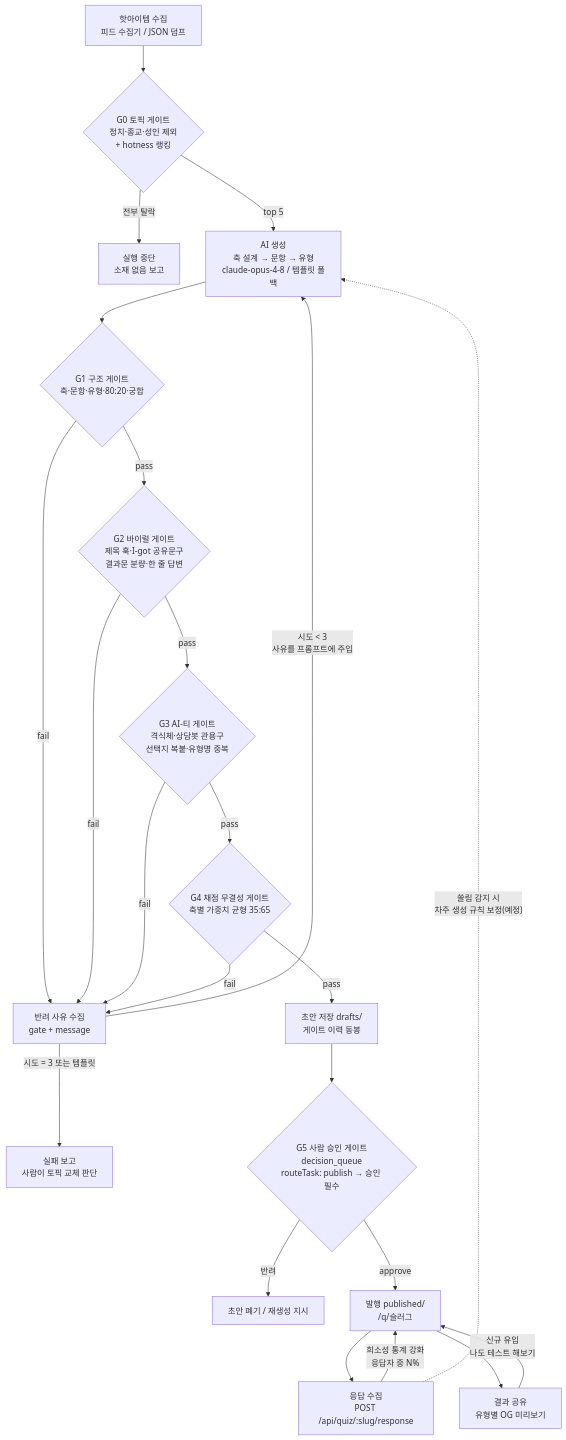
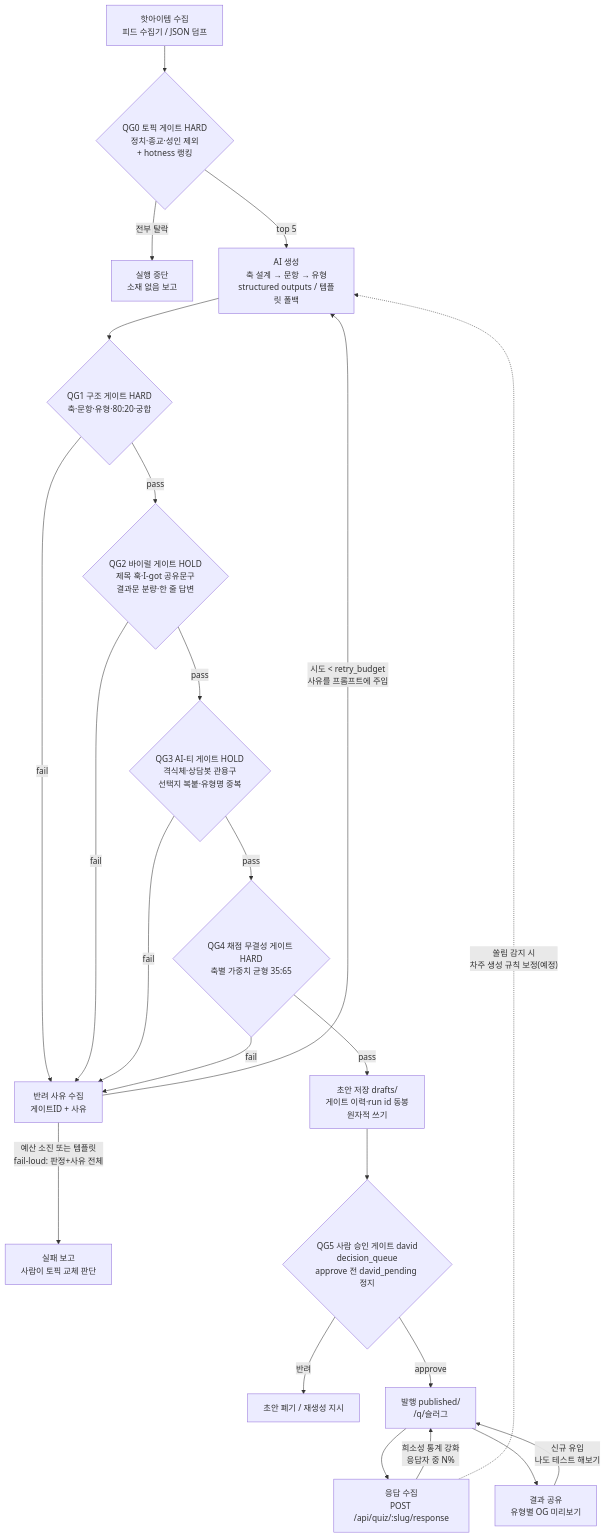
The diagram in docs/quiz-loopgate.md (comeva2kr/ai-command-bus), drawn with Mermaid before and after one commit. The commit also changed other lines of this file and 9 other files, not shown here.

````diff
--- a/docs/quiz-loopgate.md
+++ b/docs/quiz-loopgate.md
@@ -16,29 +30,29 @@
 ```mermaid
 flowchart TD
-    A[핫아이템 수집<br/>피드 수집기 / JSON 덤프] --> G0{G0 토픽 게이트<br/>정치·종교·성인 제외<br/>+ hotness 랭킹}
+    A[핫아이템 수집<br/>피드 수집기 / JSON 덤프] --> G0{QG0 토픽 게이트 HARD<br/>정치·종교·성인 제외<br/>+ hotness 랭킹}
     G0 -- 전부 탈락 --> X0[실행 중단<br/>소재 없음 보고]
-    G0 -- top 5 --> GEN[AI 생성<br/>축 설계 → 문항 → 유형<br/>claude-opus-4-8 / 템플릿 폴백]
+    G0 -- top 5 --> GEN[AI 생성<br/>축 설계 → 문항 → 유형<br/>structured outputs / 템플릿 폴백]
 
-    GEN --> G1{G1 구조 게이트<br/>축·문항·유형·80:20·궁합}
-    G1 -- fail --> FB[반려 사유 수집<br/>gate + message]
-    G1 -- pass --> G2{G2 바이럴 게이트<br/>제목 훅·I-got 공유문구<br/>결과문 분량·한 줄 답변}
+    GEN --> G1{QG1 구조 게이트 HARD<br/>축·문항·유형·80:20·궁합}
+    G1 -- fail --> FB[반려 사유 수집<br/>게이트ID + 사유]
+    G1 -- pass --> G2{QG2 바이럴 게이트 HOLD<br/>제목 훅·I-got 공유문구<br/>결과문 분량·한 줄 답변}
     G2 -- fail --> FB
-    G2 -- pass --> G3{G3 AI-티 게이트<br/>격식체·상담봇 관용구<br/>선택지 복붙·유형명 중복}
+    G2 -- pass --> G3{QG3 AI-티 게이트 HOLD<br/>격식체·상담봇 관용구<br/>선택지 복붙·유형명 중복}
     G3 -- fail --> FB
-    G3 -- pass --> G4{G4 채점 무결성 게이트<br/>축별 가중치 균형 35:65}
+    G3 -- pass --> G4{QG4 채점 무결성 게이트 HARD<br/>축별 가중치 균형 35:65}
     G4 -- fail --> FB
-    G4 -- pass --> DRAFT[초안 저장 drafts/<br/>게이트 이력 동봉]
+    G4 -- pass --> DRAFT[초안 저장 drafts/<br/>게이트 이력·run id 동봉<br/>원자적 쓰기]
 
-    FB -- "시도 < 3<br/>사유를 프롬프트에 주입" --> GEN
-    FB -- "시도 = 3 또는 템플릿" --> X1[실패 보고<br/>사람이 토픽 교체 판단]
+    FB -- "시도 < retry_budget<br/>사유를 프롬프트에 주입" --> GEN
+    FB -- "예산 소진 또는 템플릿<br/>fail-loud: 판정+사유 전체" --> X1[실패 보고<br/>사람이 토픽 교체 판단]
 
-    DRAFT --> G5{G5 사람 승인 게이트<br/>decision_queue<br/>routeTask: publish → 승인 필수}
+    DRAFT --> G5{QG5 사람 승인 게이트 david<br/>decision_queue<br/>approve 전 david_pending 정지}
     G5 -- 반려 --> X2[초안 폐기 / 재생성 지시]
     G5 -- approve --> PUB[발행 published/<br/>/q/슬러그]
 
     PUB --> RESP[응답 수집<br/>POST /api/quiz/:slug/response]
     RESP -- "희소성 통계 강화<br/>응답자 중 N%" --> PUB
     PUB --> SHARE[결과 공유<br/>유형별 OG 미리보기]
     SHARE -- "신규 유입<br/>나도 테스트 해보기" --> PUB
     RESP -. "쏠림 감지 시<br/>차주 생성 규칙 보정(예정)" .-> GEN
 ```
````
